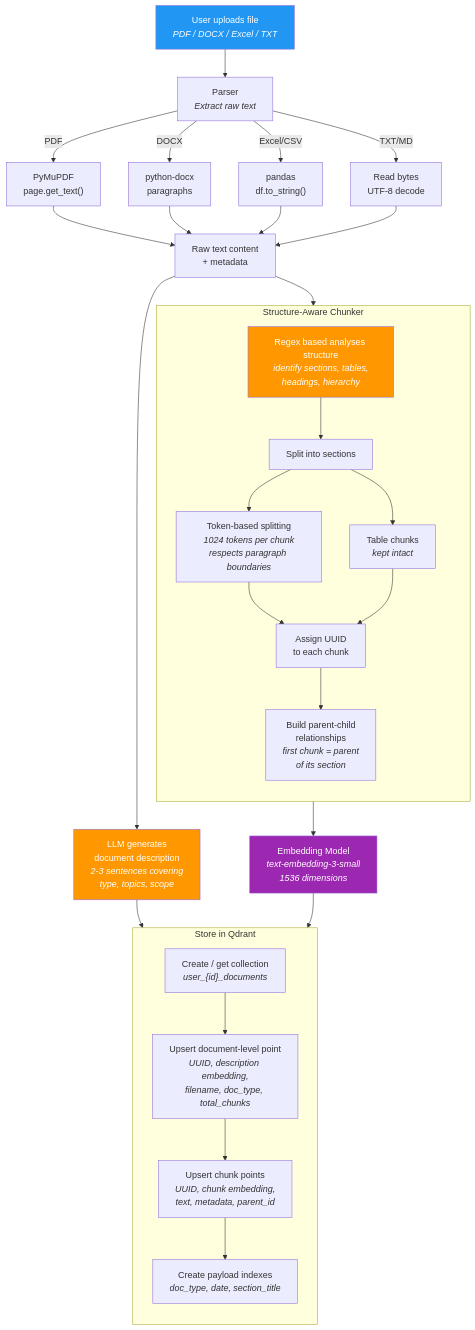
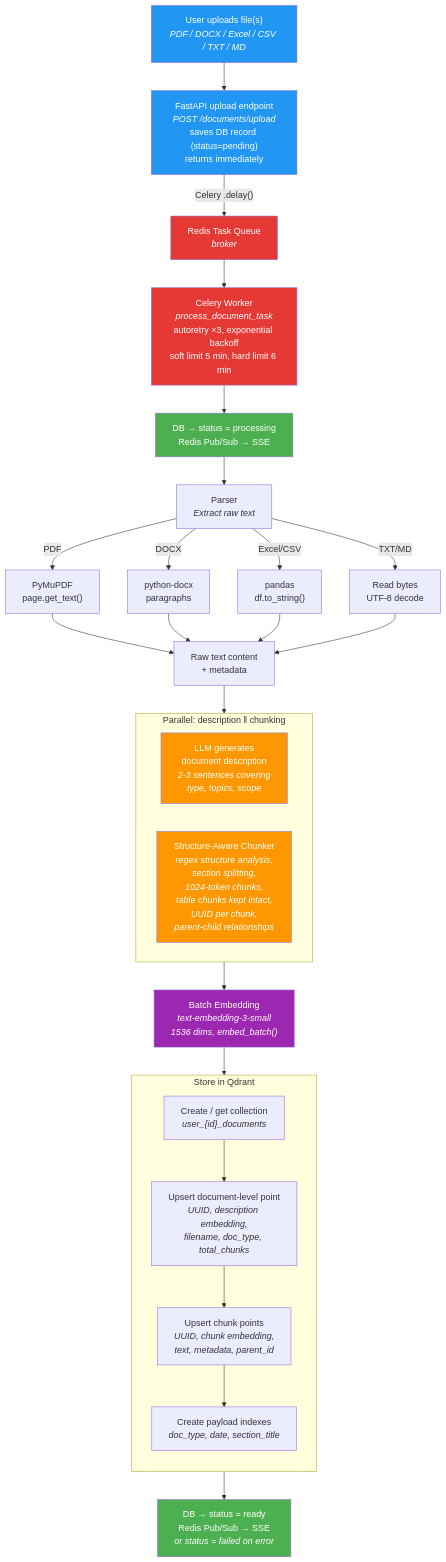
One commit to vinu0404/TopoSort-RAG changed the seventh of 17 diagrams in README.md. Above: the diagram before and after it, drawn with Mermaid. The commit also changed other lines of this file and 14 other files, not shown here.

````diff
--- a/README.md
+++ b/README.md
@@ -263,53 +426,55 @@
 ```mermaid
 flowchart TD
-    Upload["User uploads file<br/><i>PDF / DOCX / Excel / TXT</i>"]
+    Upload["User uploads file(s)<br/><i>PDF / DOCX / Excel / CSV / TXT / MD</i>"]
 
-    Upload --> Parser["Parser<br/><i>Extract raw text</i>"]
+    Upload --> API["FastAPI upload endpoint<br/><i>POST /documents/upload</i><br/>saves DB record (status=pending)<br/>returns immediately"]
+
+    API -->|"Celery .delay()"| Queue["Redis Task Queue<br/><i>broker</i>"]
+
+    Queue --> Worker["Celery Worker<br/><i>process_document_task</i><br/>autoretry ×3, exponential backoff<br/>soft limit 5 min, hard limit 6 min"]
+
+    Worker --> Status1["DB → status = processing<br/>Redis Pub/Sub → SSE"]
+    Status1 --> Parser["Parser<br/><i>Extract raw text</i>"]
 
     Parser -->|"PDF"| PyMuPDF["PyMuPDF<br/>page.get_text()"]
     Parser -->|"DOCX"| PythonDocx["python-docx<br/>paragraphs"]
     Parser -->|"Excel/CSV"| Pandas["pandas<br/>df.to_string()"]
     Parser -->|"TXT/MD"| RawText["Read bytes<br/>UTF-8 decode"]
 
     PyMuPDF --> RawContent["Raw text content<br/>+ metadata"]
     PythonDocx --> RawContent
     Pandas --> RawContent
     RawText --> RawContent
 
-    RawContent --> Describe["LLM generates<br/>document description<br/><i>2-3 sentences covering<br/>type, topics, scope</i>"]
+    RawContent --> Parallel
 
-    RawContent --> Chunker
-
-    subgraph Chunker["Structure-Aware Chunker"]
-        direction TB
-        LLMParse["Regex based analyses structure<br/><i>identify sections, tables,<br/>headings, hierarchy</i>"]
-        LLMParse --> SplitSections["Split into sections"]
-        SplitSections --> TokenSplit["Token-based splitting<br/><i>1024 tokens per chunk<br/>respects paragraph boundaries</i>"]
-        SplitSections --> TableChunk["Table chunks<br/><i>kept intact</i>"]
-        TokenSplit --> UUIDs["Assign UUID<br/>to each chunk"]
-        TableChunk --> UUIDs
-        UUIDs --> Relationships["Build parent-child<br/>relationships<br/><i>first chunk = parent<br/>of its section</i>"]
+    subgraph Parallel["Parallel: description ‖ chunking"]
+        direction LR
+        Describe["LLM generates<br/>document description<br/><i>2-3 sentences covering<br/>type, topics, scope</i>"]
+        Chunker["Structure-Aware Chunker<br/><i>regex structure analysis,<br/>section splitting,<br/>1024-token chunks,<br/>table chunks kept intact,<br/>UUID per chunk,<br/>parent-child relationships</i>"]
     end
 
-    Describe --> Store
-    Relationships --> Embedder
+    Parallel --> BatchEmbed["Batch Embedding<br/><i>text-embedding-3-small<br/>1536 dims, embed_batch()</i>"]
 
-    Embedder["Embedding Model<br/><i>text-embedding-3-small<br/>1536 dimensions</i>"]
-
-    Embedder --> Store
-
-    Store["Qdrant Vector Store"]
+    BatchEmbed --> Store
 
     subgraph Store["Store in Qdrant"]
         direction TB
         Collection["Create / get collection<br/><i>user_{id}_documents</i>"]
         Collection --> DocPoint["Upsert document-level point<br/><i>UUID, description embedding,<br/>filename, doc_type, total_chunks</i>"]
         DocPoint --> ChunkPoints["Upsert chunk points<br/><i>UUID, chunk embedding,<br/>text, metadata, parent_id</i>"]
         ChunkPoints --> PayloadIdx["Create payload indexes<br/><i>doc_type, date, section_title</i>"]
     end
 
+    Store --> Status2["DB → status = ready<br/>Redis Pub/Sub → SSE<br/><i>or status = failed on error</i>"]
+
     style Upload fill:#2196F3,color:#fff
+    style API fill:#2196F3,color:#fff
+    style Queue fill:#e53935,color:#fff
+    style Worker fill:#e53935,color:#fff
     style Describe fill:#FF9800,color:#fff
-    style LLMParse fill:#FF9800,color:#fff
-    style Embedder fill:#9C27B0,color:#fff
+    style Chunker fill:#FF9800,color:#fff
+    style BatchEmbed fill:#9C27B0,color:#fff
+    style Status1 fill:#4CAF50,color:#fff
+    style Status2 fill:#4CAF50,color:#fff
 ```
````
